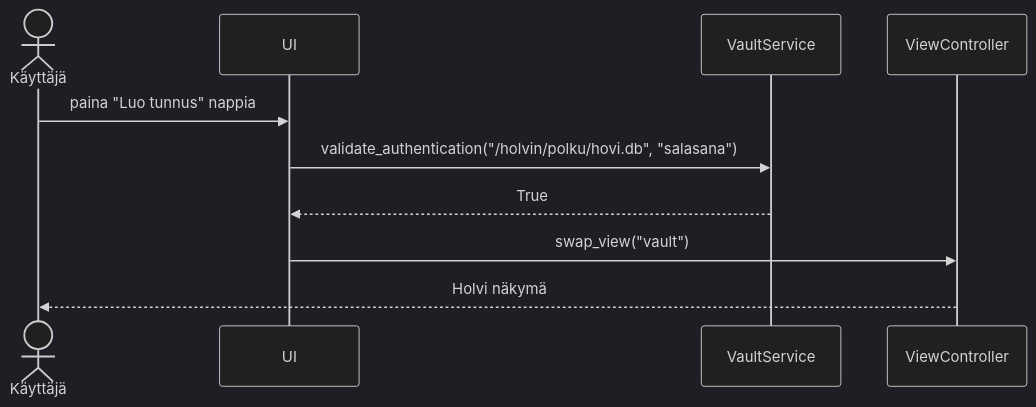
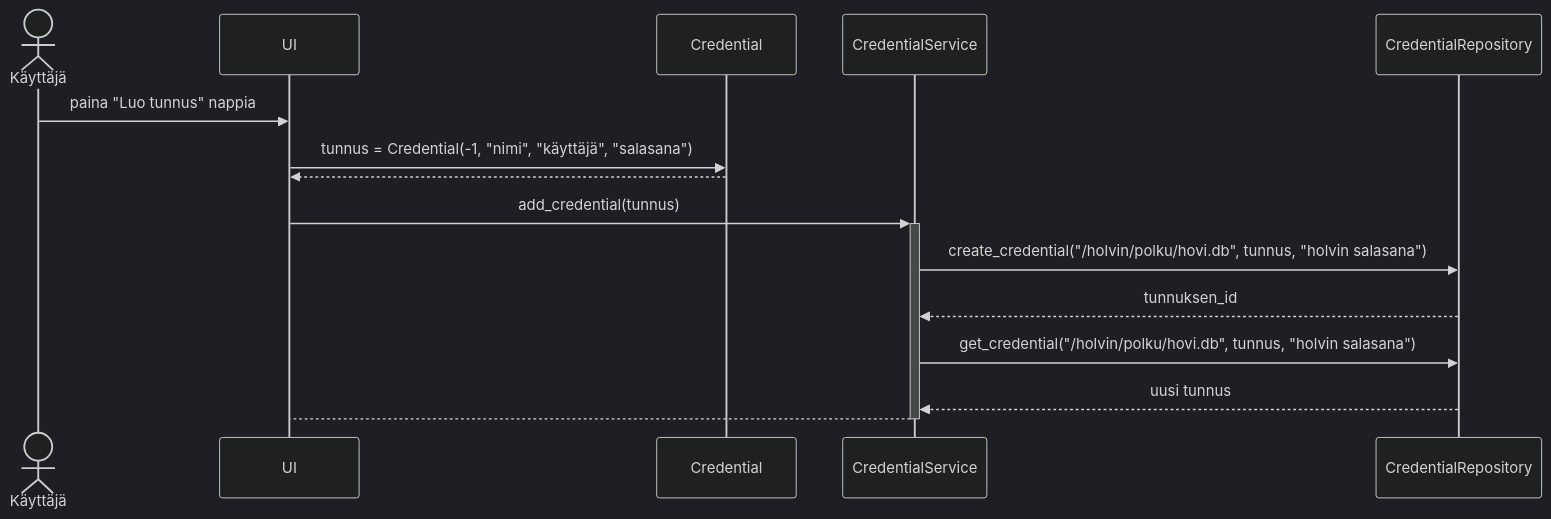
One commit to antoKeinanen/ohte-salasana-hallinta changed the fourth of 4 diagrams in dokumentaatio/arkkitehtuuri.md. Above: the diagram before and after it, drawn with Mermaid (dark theme). The commit also changed other lines of this file, not shown here.

Commit message:
docs: improve architecture documentation

````diff
--- a/dokumentaatio/arkkitehtuuri.md
+++ b/dokumentaatio/arkkitehtuuri.md
@@ -132,13 +139,19 @@
 ```mermaid
 sequenceDiagram
 actor Käyttäjä
 participant UI
-participant VaultService
-participant ViewController
+participant Credential
+participant CredentialService
+participant CredentialRepository
 
 Käyttäjä ->> UI: paina "Luo tunnus" nappia
-UI ->> VaultService: validate_authentication("/holvin/polku/hovi.db", "salasana")
-VaultService -->> UI: True
-UI ->> ViewController: swap_view("vault")
-ViewController -->> Käyttäjä: Holvi näkymä 
+UI ->> Credential: tunnus = Credential(-1, "nimi", "käyttäjä", "salasana")
+Credential -->> UI: 
+UI ->>+ CredentialService: add_credential(tunnus)
+CredentialService ->> CredentialRepository: create_credential("/holvin/polku/hovi.db", tunnus, "holvin salasana")
+CredentialRepository -->> CredentialService: tunnuksen_id
+CredentialService ->> CredentialRepository: get_credential("/holvin/polku/hovi.db", tunnus, "holvin salasana")
+CredentialRepository -->> CredentialService: uusi tunnus
+CredentialService -->- UI: 
+
 ```
````
